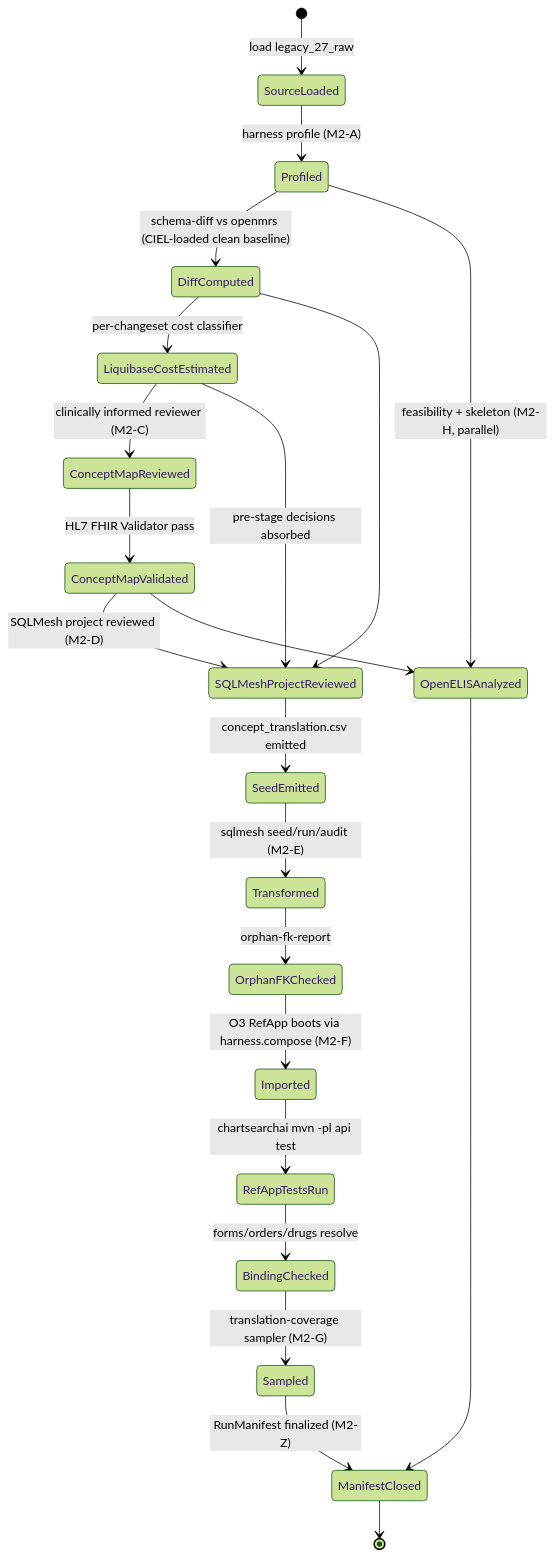
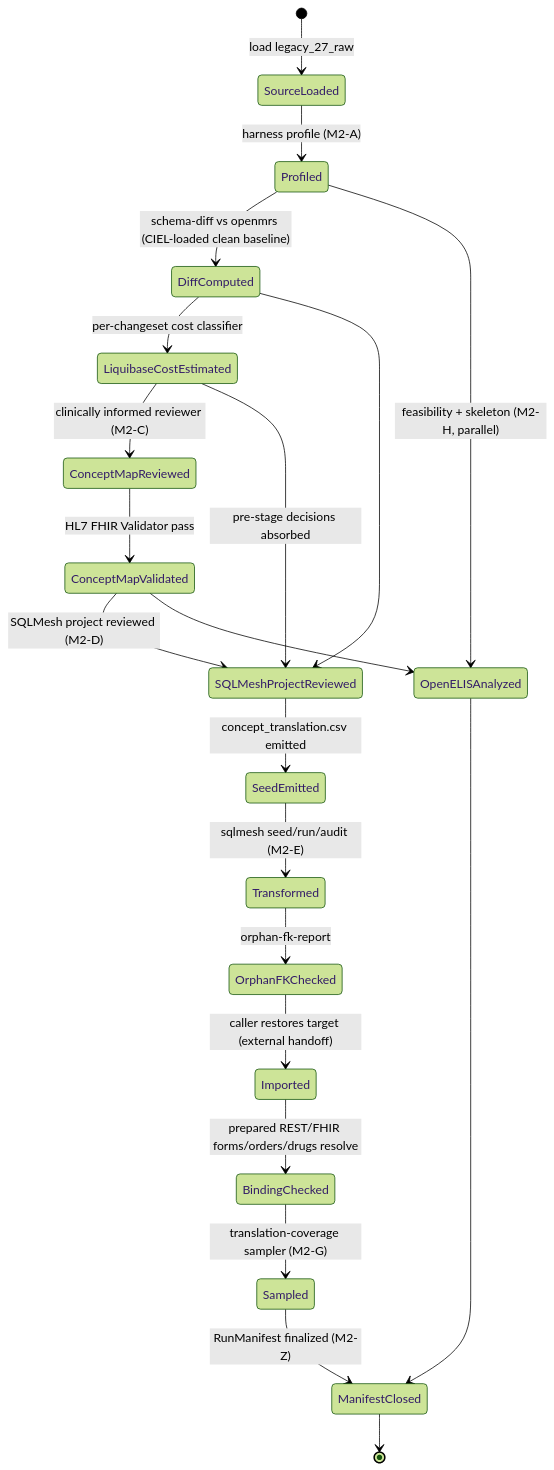
Before and after one commit to pmanko/clinical-ai-validation-harness: the diagram in specs/002-openmrs-demo-data-2-8-remap/data-model.md, drawn with Mermaid (forest theme). The commit also changed other lines of this file and 378 other files, not shown here.

````diff
--- a/specs/002-openmrs-demo-data-2-8-remap/data-model.md
+++ b/specs/002-openmrs-demo-data-2-8-remap/data-model.md
@@ -259,24 +262,23 @@
 ```mermaid
 stateDiagram-v2
   [*] --> SourceLoaded: load legacy_27_raw
   SourceLoaded --> Profiled: harness profile (M2-A)
   Profiled --> DiffComputed: schema-diff vs openmrs (CIEL-loaded clean baseline)
   DiffComputed --> LiquibaseCostEstimated: per-changeset cost classifier
   LiquibaseCostEstimated --> ConceptMapReviewed: clinically informed reviewer (M2-C)
   ConceptMapReviewed --> ConceptMapValidated: HL7 FHIR Validator pass
   ConceptMapValidated --> SQLMeshProjectReviewed: SQLMesh project reviewed (M2-D)
   DiffComputed --> SQLMeshProjectReviewed
   LiquibaseCostEstimated --> SQLMeshProjectReviewed: pre-stage decisions absorbed
   SQLMeshProjectReviewed --> SeedEmitted: concept_translation.csv emitted
   SeedEmitted --> Transformed: sqlmesh seed/run/audit (M2-E)
   Transformed --> OrphanFKChecked: orphan-fk-report
-  OrphanFKChecked --> Imported: O3 RefApp boots via harness.compose (M2-F)
-  Imported --> RefAppTestsRun: chartsearchai mvn -pl api test
-  RefAppTestsRun --> BindingChecked: forms/orders/drugs resolve
+  OrphanFKChecked --> Imported: caller restores target (external handoff)
+  Imported --> BindingChecked: prepared REST/FHIR forms/orders/drugs resolve
   BindingChecked --> Sampled: translation-coverage sampler (M2-G)
   Profiled --> OpenELISAnalyzed: feasibility + skeleton (M2-H, parallel)
   ConceptMapValidated --> OpenELISAnalyzed
   Sampled --> ManifestClosed: RunManifest finalized (M2-Z)
   OpenELISAnalyzed --> ManifestClosed
   ManifestClosed --> [*]
 ```
````
